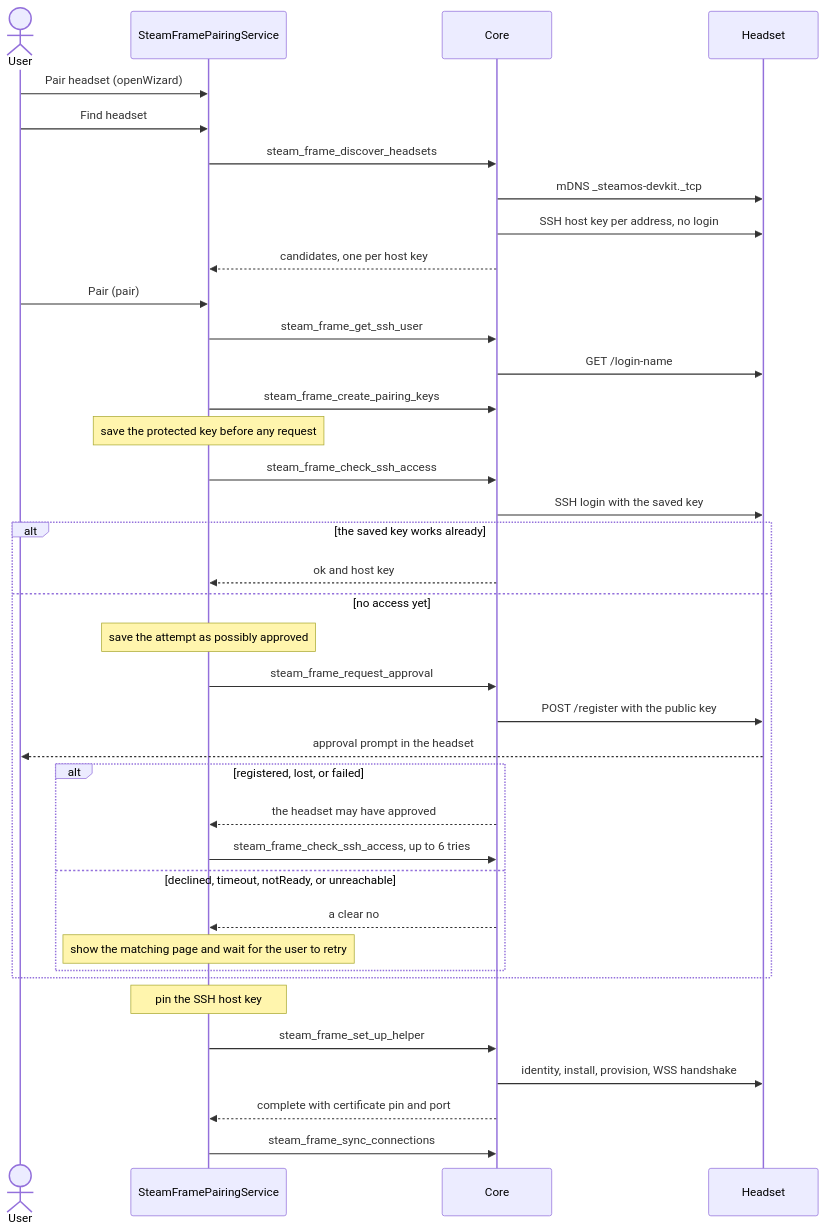
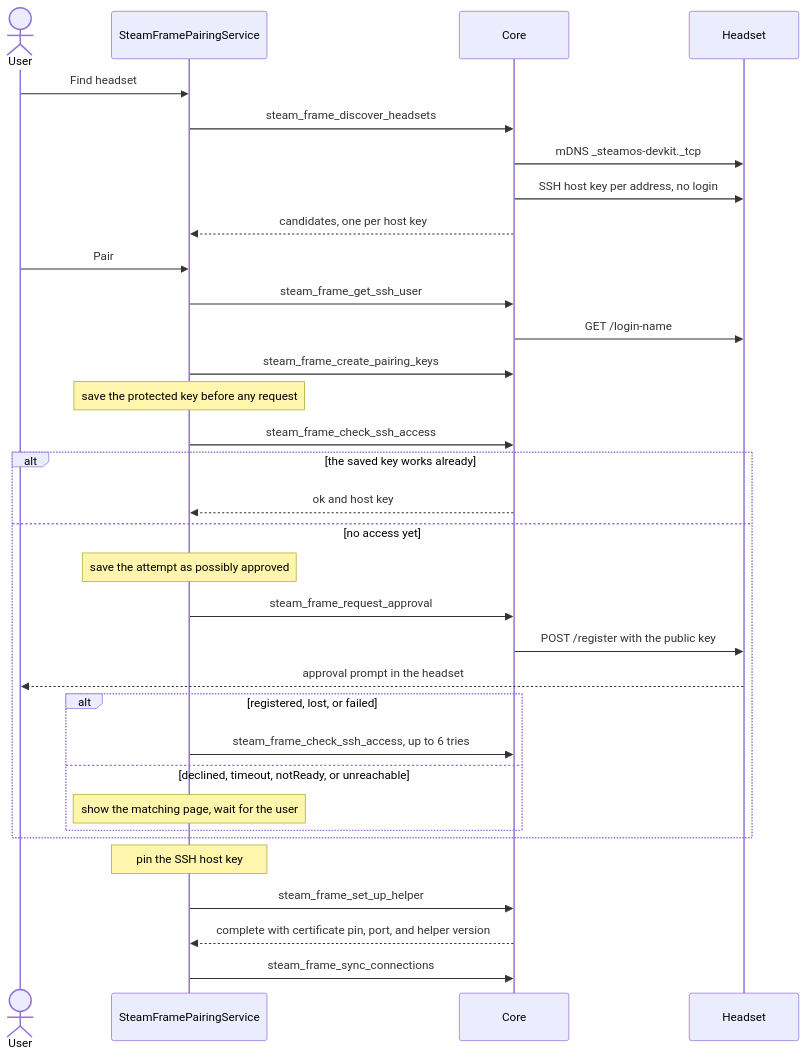
The second of 7 diagrams in docs/agents/steam-frame-pairing.md (Raphiiko/OyasumiVR), drawn with Mermaid before and after one commit. The commit also changed other lines of this file and 2 other files, not shown here.

````diff
--- a/docs/agents/steam-frame-pairing.md
+++ b/docs/agents/steam-frame-pairing.md
@@ -62,41 +54,36 @@
 ```mermaid
 sequenceDiagram
   actor User
   participant S as SteamFramePairingService
   participant C as Core
   participant H as Headset
 
-  User->>S: Pair headset (openWizard)
   User->>S: Find headset
   S->>C: steam_frame_discover_headsets
   C->>H: mDNS _steamos-devkit._tcp
   C->>H: SSH host key per address, no login
   C-->>S: candidates, one per host key
-  User->>S: Pair (pair)
+  User->>S: Pair
   S->>C: steam_frame_get_ssh_user
   C->>H: GET /login-name
   S->>C: steam_frame_create_pairing_keys
   Note over S: save the protected key before any request
   S->>C: steam_frame_check_ssh_access
-  C->>H: SSH login with the saved key
   alt the saved key works already
     C-->>S: ok and host key
   else no access yet
     Note over S: save the attempt as possibly approved
     S->>C: steam_frame_request_approval
     C->>H: POST /register with the public key
     H-->>User: approval prompt in the headset
     alt registered, lost, or failed
-      C-->>S: the headset may have approved
       S->>C: steam_frame_check_ssh_access, up to 6 tries
     else declined, timeout, notReady, or unreachable
-      C-->>S: a clear no
-      Note over S: show the matching page and wait for the user to retry
+      Note over S: show the matching page, wait for the user
     end
   end
   Note over S: pin the SSH host key
   S->>C: steam_frame_set_up_helper
-  C->>H: identity, install, provision, WSS handshake
-  C-->>S: complete with certificate pin and port
+  C-->>S: complete with certificate pin, port, and helper version
   S->>C: steam_frame_sync_connections
 ```
````
